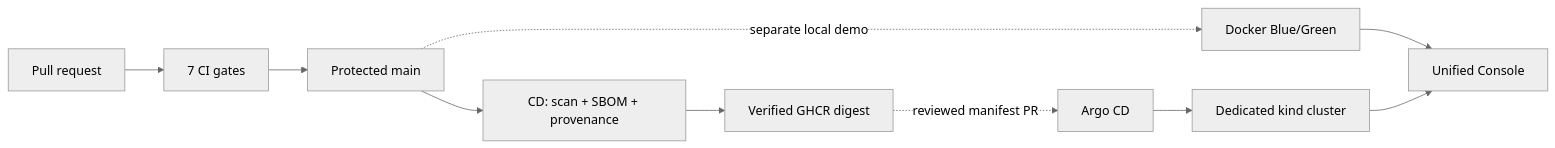
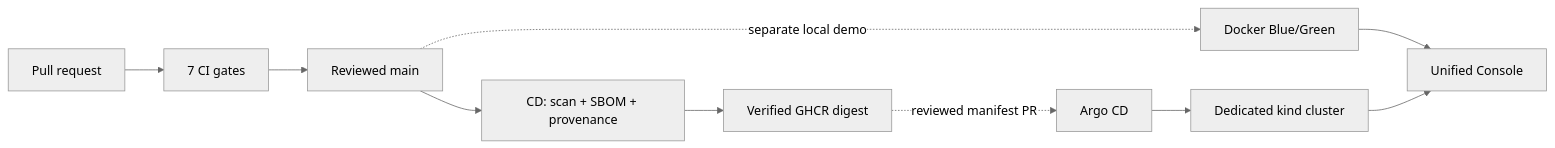
Before and after one commit to Mishkaaass/ci-cd-lab: the first of 3 diagrams in README.md, drawn with Mermaid (neutral theme). The commit also changed other lines of this file and 21 other files, not shown here.

````diff
--- a/README.md
+++ b/README.md
@@ -103,9 +123,9 @@
 ```mermaid
 flowchart LR
-  PR[Pull request] --> CI[7 CI gates] --> Main[Protected main]
+  PR[Pull request] --> CI[7 CI gates] --> Main[Reviewed main]
   Main --> CD[CD: scan + SBOM + provenance] --> GHCR[Verified GHCR digest]
   GHCR -.->|reviewed manifest PR| Argo[Argo CD] --> K8s[Dedicated kind cluster]
   Main -.->|separate local demo| Docker[Docker Blue/Green]
   Docker --> UI[Unified Console]
   K8s --> UI
 ```
````
